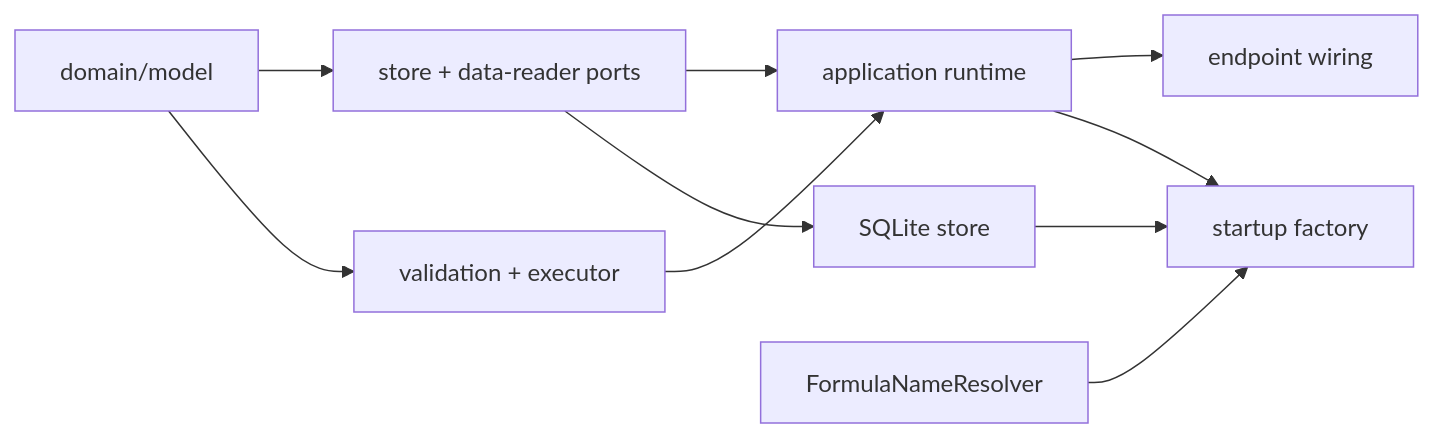
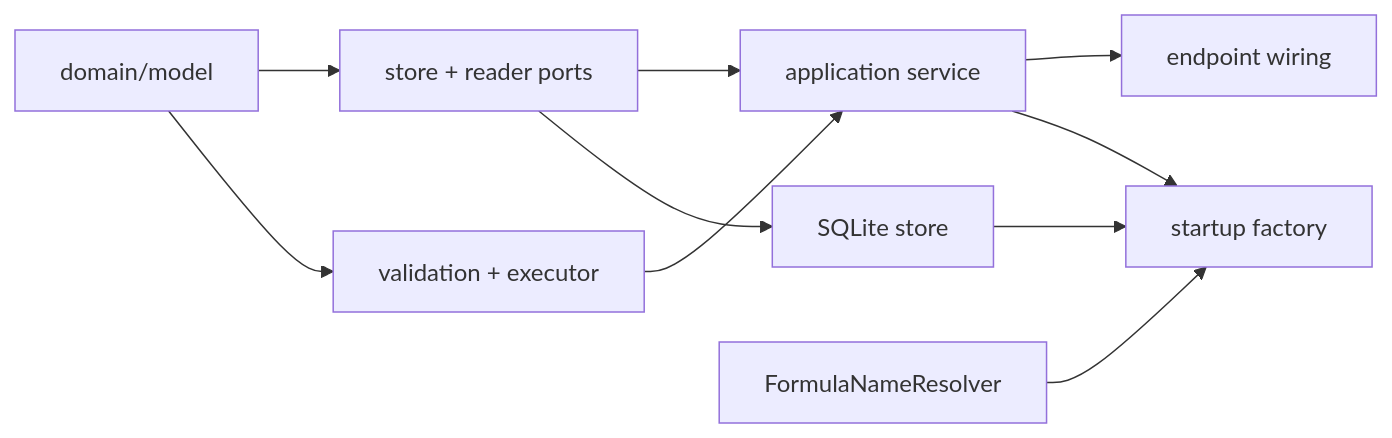
One commit to gccurtis/icarus changed the diagram in scratch/structured-analysis-design/file-architecture.md. Above: the diagram before and after it, drawn with Mermaid. The commit also changed other lines of this file and 12 other files, not shown here.

````diff
--- a/scratch/structured-analysis-design/file-architecture.md
+++ b/scratch/structured-analysis-design/file-architecture.md
@@ -60,21 +65,21 @@
 ```mermaid
 flowchart LR
   Model[domain/model]
   Domain[validation + executor]
-  Ports[store + data-reader ports]
+  Ports[store + reader ports]
   Store[SQLite store]
-  Runtime[application runtime]
+  Service[application service]
   Factory[startup factory]
   Resolver[FormulaNameResolver]
   Wiring[endpoint wiring]
 
   Model --> Domain
   Model --> Ports
   Ports --> Store
-  Domain --> Runtime
-  Ports --> Runtime
+  Domain --> Service
+  Ports --> Service
   Store --> Factory
-  Runtime --> Factory
+  Service --> Factory
   Resolver --> Factory
-  Runtime --> Wiring
+  Service --> Wiring
 ```
````
